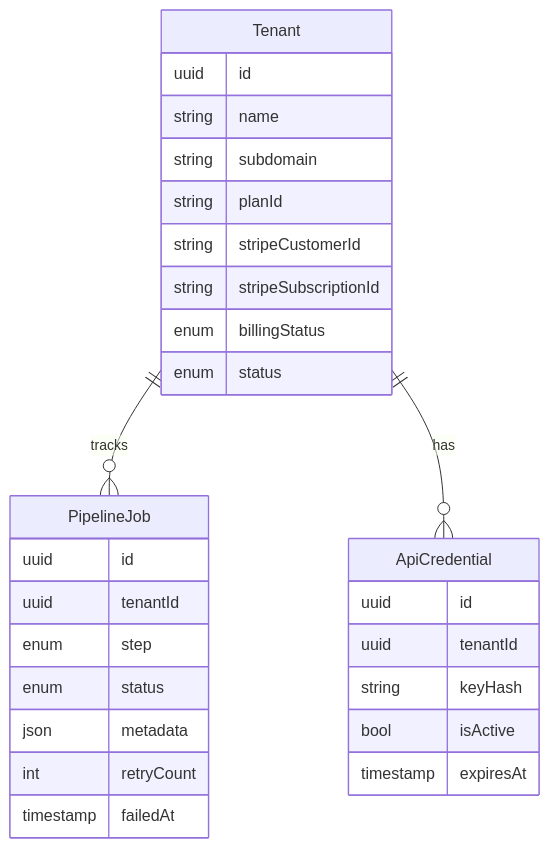
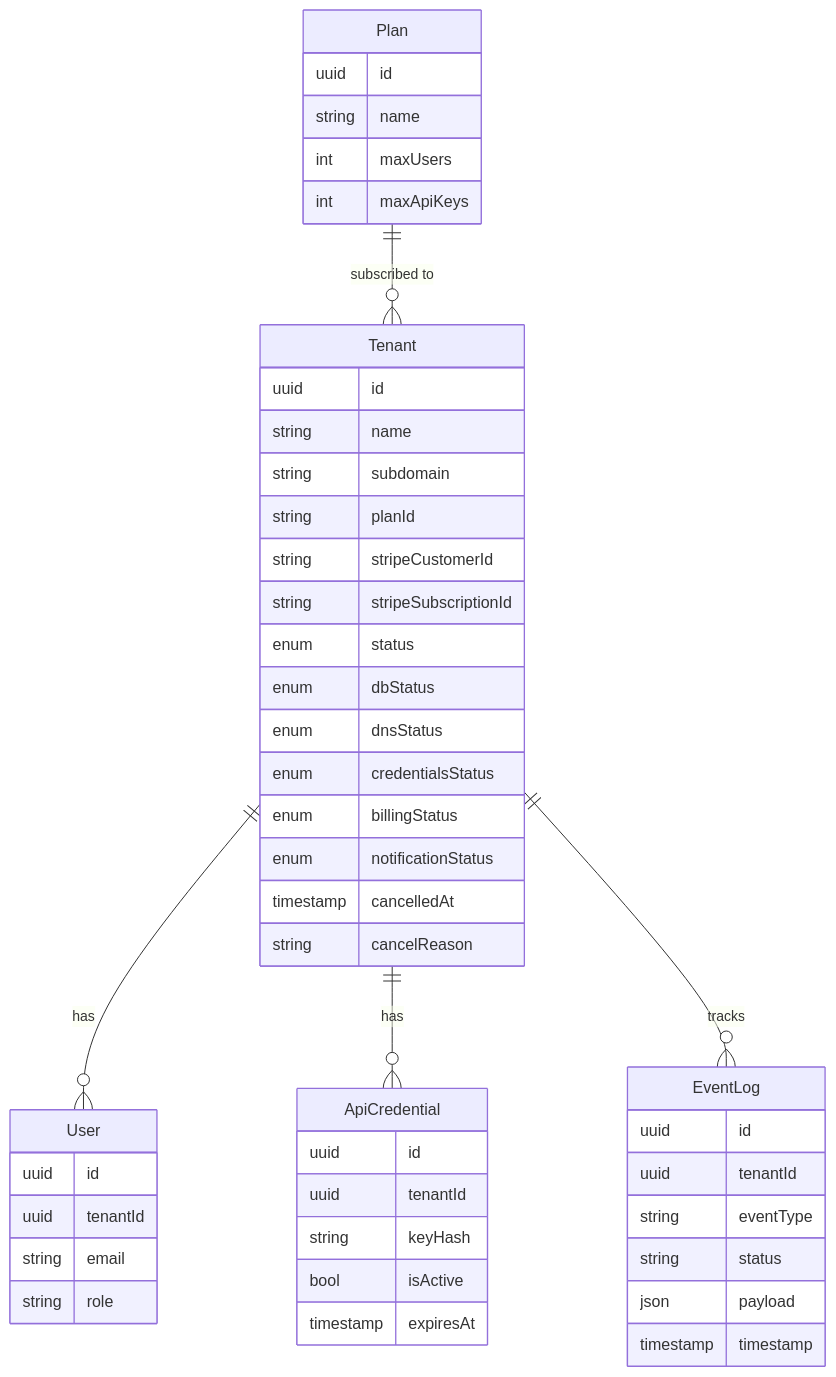
Before and after one commit to Olayanju-1234/liftoff: the third of 3 diagrams in README.md, drawn with Mermaid. The commit also changed other lines of this file, not shown here.

````diff
--- a/README.md
+++ b/README.md
@@ -827,34 +161,55 @@
 ```mermaid
 erDiagram
+    Plan {
+        uuid id
+        string name
+        int maxUsers
+        int maxApiKeys
+    }
+
     Tenant {
         uuid id
         string name
         string subdomain
         string planId
         string stripeCustomerId
         string stripeSubscriptionId
+        enum status
+        enum dbStatus
+        enum dnsStatus
+        enum credentialsStatus
         enum billingStatus
-        enum status
+        enum notificationStatus
+        timestamp cancelledAt
+        string cancelReason
     }
 
-    PipelineJob {
+    User {
         uuid id
         uuid tenantId
-        enum step
-        enum status
-        json metadata
-        int retryCount
-        timestamp failedAt
+        string email
+        string role
     }
 
     ApiCredential {
         uuid id
         uuid tenantId
         string keyHash
         bool isActive
         timestamp expiresAt
     }
 
-    Tenant ||--o{ PipelineJob : "tracks"
+    EventLog {
+        uuid id
+        uuid tenantId
+        string eventType
+        string status
+        json payload
+        timestamp timestamp
+    }
+
+    Plan ||--o{ Tenant : "subscribed to"
+    Tenant ||--o{ User : "has"
     Tenant ||--o{ ApiCredential : "has"
+    Tenant ||--o{ EventLog : "tracks"
 ```
````
